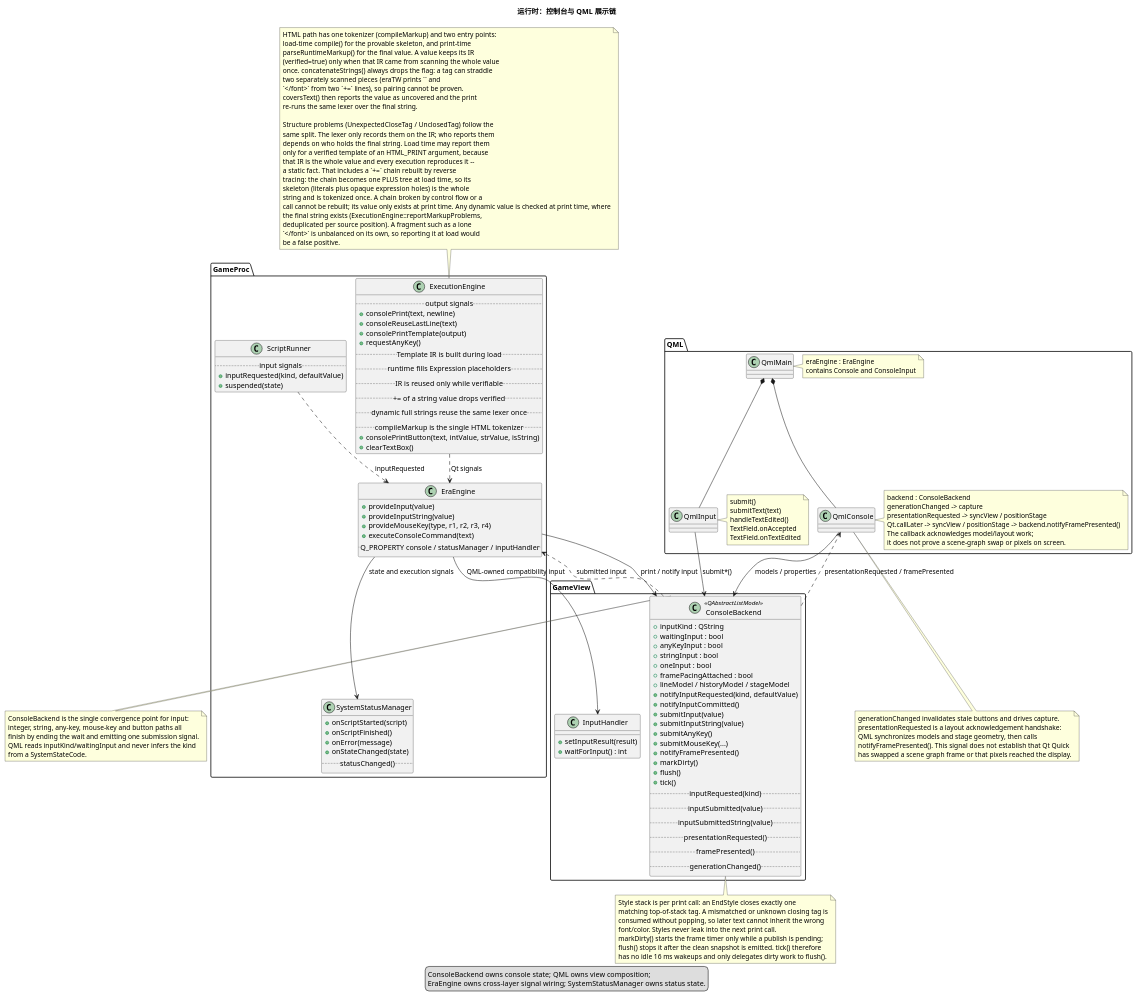
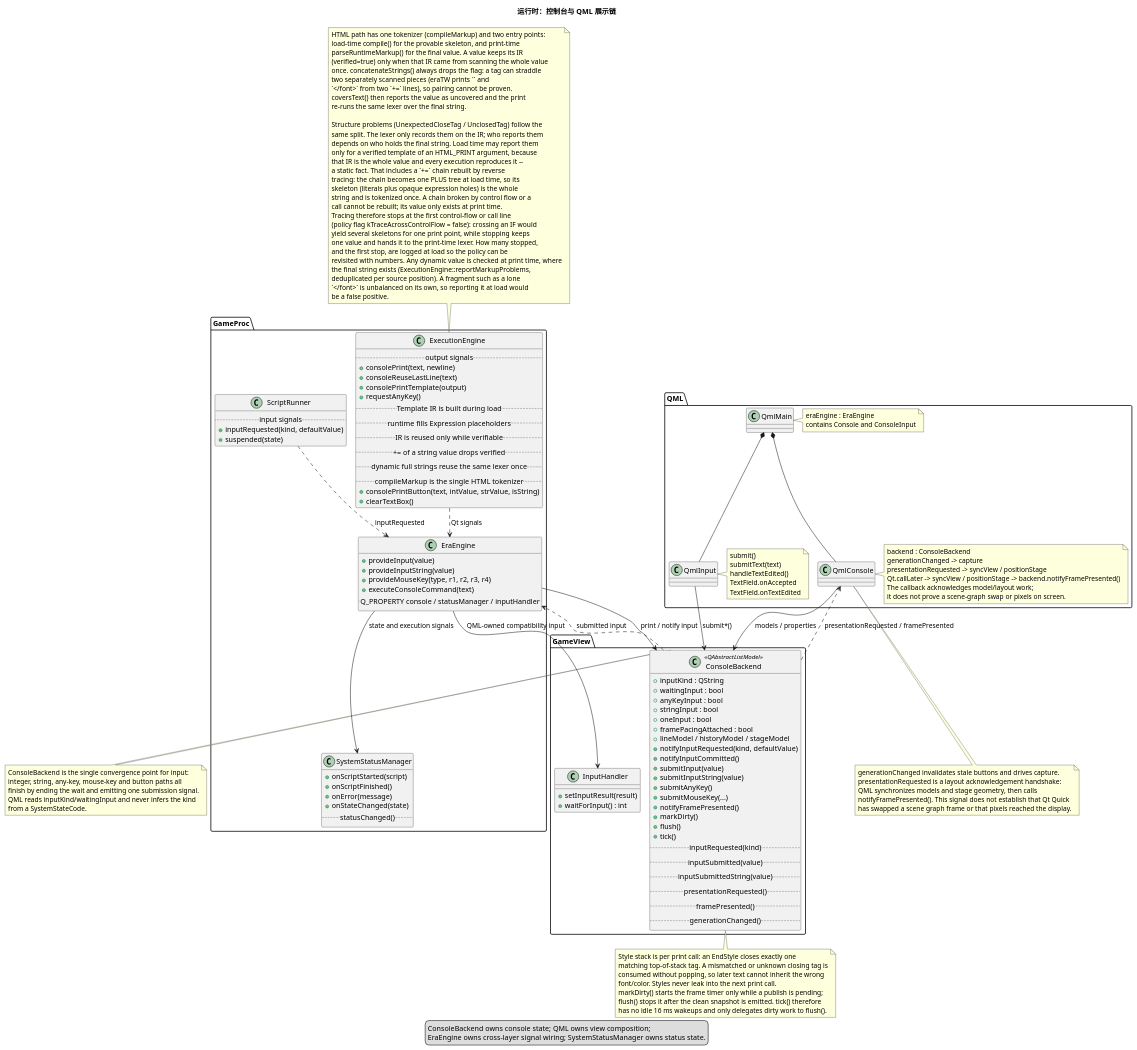
Before and after one commit to yigekuyou/qt-eraemu: the diagram in docs/uml/04-runtime-console-qml.puml, drawn with PlantUML. The commit also changed 1 other file, not shown here.

```diff
--- a/docs/uml/04-runtime-console-qml.puml
+++ b/docs/uml/04-runtime-console-qml.puml
@@ -1,180 +1,186 @@
 @startuml 04-runtime-console-qml
 !pragma layout smetana
 ' 运行时责任 3/4：输出、输入桥接与 QML 呈现
 ' 来源：eraengine.cpp, GameProc/execution_engine.h, GameView/console_backend.h,
 '       GameView/system_status_manager.h, GameView/input_handler.h, qml/Console.qml,
 '       qml/ConsoleInput.qml
 
 title 运行时：控制台与 QML 展示链
 
 package "GameProc" {
   class ExecutionEngine {
     .. output signals ..
     + consolePrint(text, newline)
     + consoleReuseLastLine(text)
     + consolePrintTemplate(output)
     + requestAnyKey()
     .. Template IR is built during load ..
     .. runtime fills Expression placeholders ..
     .. IR is reused only while verifiable ..
     .. += of a string value drops verified ..
     .. dynamic full strings reuse the same lexer once ..
     .. compileMarkup is the single HTML tokenizer ..
     + consolePrintButton(text, intValue, strValue, isString)
     + clearTextBox()
   }
 
   class ScriptRunner {
     .. input signals ..
     + inputRequested(kind, defaultValue)
     + suspended(state)
   }
 
   class EraEngine {
     + provideInput(value)
     + provideInputString(value)
     + provideMouseKey(type, r1, r2, r3, r4)
     + executeConsoleCommand(text)
     .. Q_PROPERTY console / statusManager / inputHandler ..
   }
 
   class SystemStatusManager {
     + onScriptStarted(script)
     + onScriptFinished()
     + onError(message)
     + onStateChanged(state)
     .. statusChanged() ..
   }
 }
 
 package "GameView" {
   class ConsoleBackend <<QAbstractListModel>> {
     + inputKind : QString
     + waitingInput : bool
     + anyKeyInput : bool
     + stringInput : bool
     + oneInput : bool
     + framePacingAttached : bool
     + lineModel / historyModel / stageModel
     + notifyInputRequested(kind, defaultValue)
     + notifyInputCommitted()
     + submitInput(value)
     + submitInputString(value)
     + submitAnyKey()
     + submitMouseKey(...)
     + notifyFramePresented()
     + markDirty()
     + flush()
     + tick()
     .. inputRequested(kind) ..
     .. inputSubmitted(value) ..
     .. inputSubmittedString(value) ..
     .. presentationRequested() ..
     .. framePresented() ..
     .. generationChanged() ..
   }
 
   class InputHandler {
     + setInputResult(result)
     + waitForInput() : int
   }
 }
 
 package "QML" {
   class QmlConsole
   class QmlInput
   class QmlMain
 
   note right of QmlConsole
     backend : ConsoleBackend
     generationChanged -> capture
     presentationRequested -> syncView / positionStage
     Qt.callLater -> syncView / positionStage -> backend.notifyFramePresented()
     The callback acknowledges model/layout work;
     it does not prove a scene-graph swap or pixels on screen.
   end note
 
   note right of QmlInput
     submit()
     submitText(text)
     handleTextEdited()
     TextField.onAccepted
     TextField.onTextEdited
   end note
 
   note right of QmlMain
     eraEngine : EraEngine
     contains Console and ConsoleInput
   end note
 }
 
 ExecutionEngine ..> EraEngine : Qt signals
 ScriptRunner ..> EraEngine : inputRequested
 EraEngine --> ConsoleBackend : print / notify input
 ConsoleBackend ..> EraEngine : submitted input
 EraEngine --> SystemStatusManager : state and execution signals
 EraEngine --> InputHandler : QML-owned compatibility input
 QmlMain *-- QmlConsole
 QmlMain *-- QmlInput
 QmlConsole --> ConsoleBackend : models / properties
 QmlInput --> ConsoleBackend : submit*()
 ConsoleBackend ..> QmlConsole : presentationRequested / framePresented
 
 note right of ConsoleBackend
   ConsoleBackend is the single convergence point for input:
   integer, string, any-key, mouse-key and button paths all
   finish by ending the wait and emitting one submission signal.
   QML reads inputKind/waitingInput and never infers the kind
   from a SystemStateCode.
 end note
 
 note top of ExecutionEngine
   HTML path has one tokenizer (compileMarkup) and two entry points:
   load-time compile() for the provable skeleton, and print-time
   parseRuntimeMarkup() for the final value. A value keeps its IR
   (verified=true) only when that IR came from scanning the whole value
   once. concatenateStrings() always drops the flag: a tag can straddle
   two separately scanned pieces (eraTW prints `<font ...>` and
   `</font>` from two `+=` lines), so pairing cannot be proven.
   coversText() then reports the value as uncovered and the print
   re-runs the same lexer over the final string.
 
   Structure problems (UnexpectedCloseTag / UnclosedTag) follow the
   same split. The lexer only records them on the IR; who reports them
   depends on who holds the final string. Load time may report them
   only for a verified template of an HTML_PRINT argument, because
   that IR is the whole value and every execution reproduces it --
   a static fact. That includes a `+=` chain rebuilt by reverse
   tracing: the chain becomes one PLUS tree at load time, so its
   skeleton (literals plus opaque expression holes) is the whole
   string and is tokenized once. A chain broken by control flow or a
-  call cannot be rebuilt; its value only exists at print time. Any dynamic value is checked at print time, where
+  call cannot be rebuilt; its value only exists at print time.
+  Tracing therefore stops at the first control-flow or call line
+  (policy flag kTraceAcrossControlFlow = false): crossing an IF would
+  yield several skeletons for one print point, while stopping keeps
+  one value and hands it to the print-time lexer. How many stopped,
+  and the first stop, are logged at load so the policy can be
+  revisited with numbers. Any dynamic value is checked at print time, where
   the final string exists (ExecutionEngine::reportMarkupProblems,
   deduplicated per source position). A fragment such as a lone
   `</font>` is unbalanced on its own, so reporting it at load would
   be a false positive.
 end note
 
 note bottom of QmlConsole
   generationChanged invalidates stale buttons and drives capture.
   presentationRequested is a layout acknowledgement handshake:
   QML synchronizes models and stage geometry, then calls
   notifyFramePresented(). This signal does not establish that Qt Quick
   has swapped a scene graph frame or that pixels reached the display.
 end note
 
 note bottom of ConsoleBackend
   Style stack is per print call: an EndStyle closes exactly one
   matching top-of-stack tag. A mismatched or unknown closing tag is
   consumed without popping, so later text cannot inherit the wrong
   font/color. Styles never leak into the next print call.
   markDirty() starts the frame timer only while a publish is pending;
   flush() stops it after the clean snapshot is emitted. tick() therefore
   has no idle 16 ms wakeups and only delegates dirty work to flush().
 end note
 
 legend bottom
   ConsoleBackend owns console state; QML owns view composition;
   EraEngine owns cross-layer signal wiring; SystemStatusManager owns status state.
 endlegend
 @enduml
```
